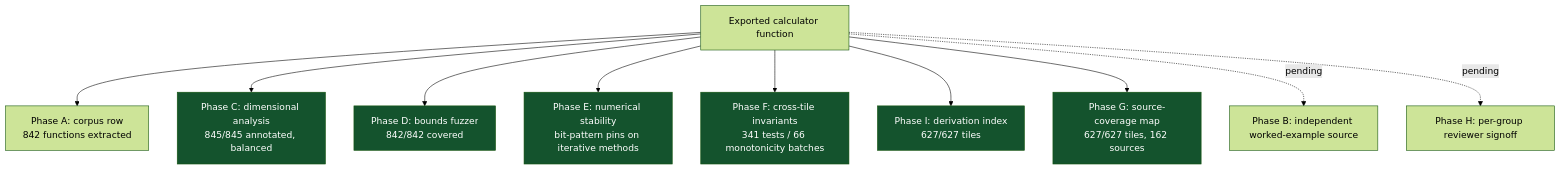
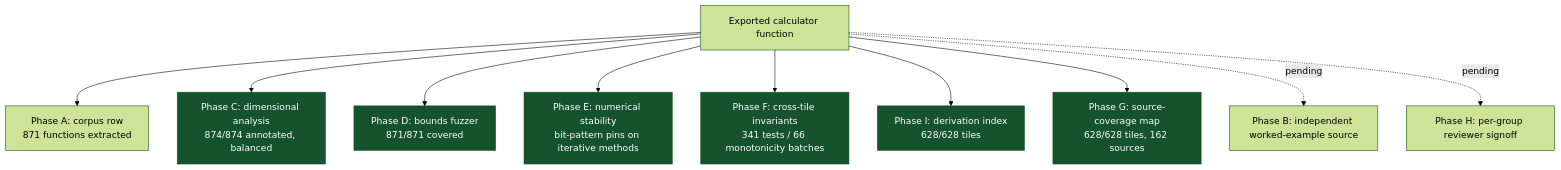
Before and after one commit to clay-good/roughlogic.com: the sixth of 8 diagrams in README.md, drawn with Mermaid (forest theme). The commit also changed other lines of this file and 15 other files, not shown here.

````diff
--- a/README.md
+++ b/README.md
@@ -474,18 +474,18 @@
 ```mermaid
 flowchart TB
-    F[Exported calculator function] --> A[Phase A: corpus row\n842 functions extracted]
-    F --> C[Phase C: dimensional analysis\n845/845 annotated, balanced]
-    F --> D[Phase D: bounds fuzzer\n842/842 covered]
+    F[Exported calculator function] --> A[Phase A: corpus row\n871 functions extracted]
+    F --> C[Phase C: dimensional analysis\n874/874 annotated, balanced]
+    F --> D[Phase D: bounds fuzzer\n871/871 covered]
     F --> E[Phase E: numerical stability\nbit-pattern pins on iterative methods]
     F --> Fa[Phase F: cross-tile invariants\n341 tests / 66 monotonicity batches]
-    F --> I[Phase I: derivation index\n627/627 tiles]
-    F --> G[Phase G: source-coverage map\n627/627 tiles, 162 sources]
+    F --> I[Phase I: derivation index\n628/628 tiles]
+    F --> G[Phase G: source-coverage map\n628/628 tiles, 162 sources]
     F -.pending.-> B[Phase B: independent worked-example source]
     F -.pending.-> H[Phase H: per-group reviewer signoff]
     style C fill:#14532d,color:#fff
     style D fill:#14532d,color:#fff
     style E fill:#14532d,color:#fff
     style Fa fill:#14532d,color:#fff
     style G fill:#14532d,color:#fff
     style I fill:#14532d,color:#fff
 ```
````
